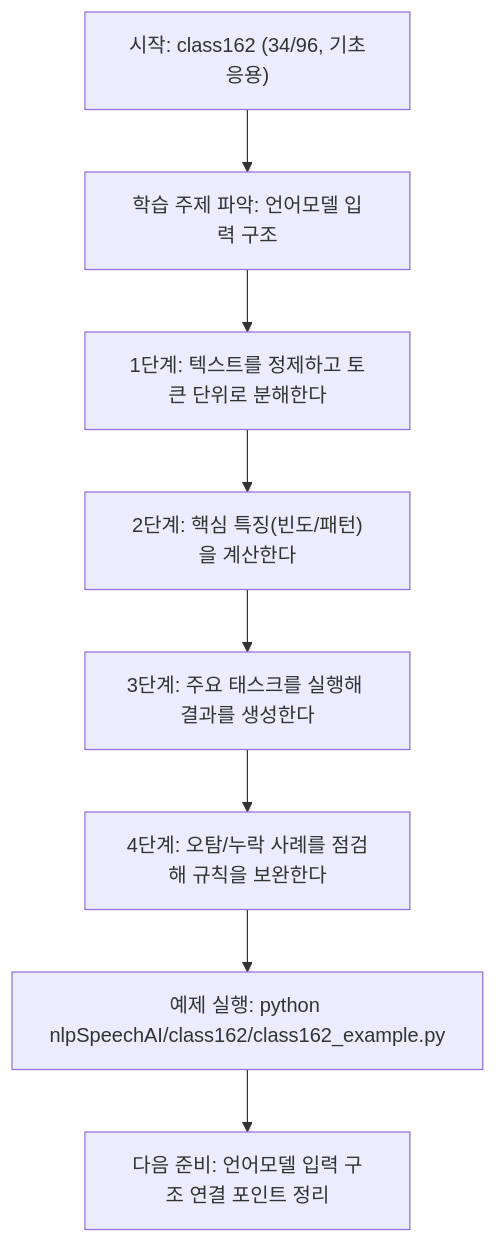
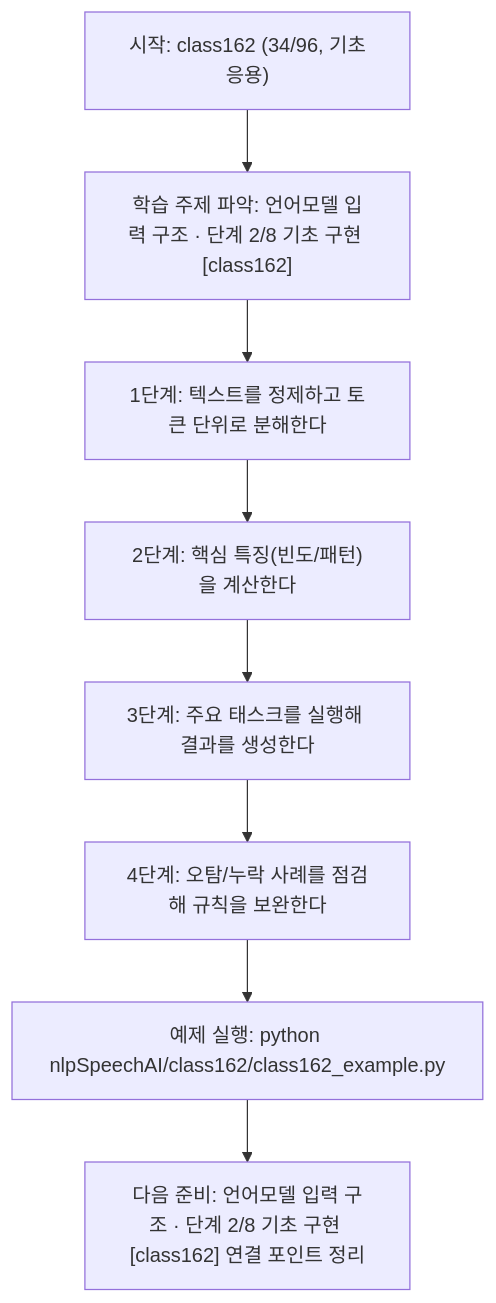
One commit to edumgt/Python-AI_Agent-Class changed the diagram in nlpSpeechAI/class162/class162.md. Above: the diagram before and after it, drawn with Mermaid. The commit also changed other lines of this file and 522 other files, not shown here.

````diff
--- a/nlpSpeechAI/class162/class162.md
+++ b/nlpSpeechAI/class162/class162.md
@@ -113,18 +114,18 @@
 ```mermaid
 flowchart TD
 N1["시작: class162 (34/96, 기초응용)"]
-N2["학습 주제 파악: 언어모델 입력 구조"]
+N2["학습 주제 파악: 언어모델 입력 구조 · 단계 2/8 기초 구현 [class162]"]
 N3["1단계: 텍스트를 정제하고 토큰 단위로 분해한다"]
 N4["2단계: 핵심 특징(빈도/패턴)을 계산한다"]
 N5["3단계: 주요 태스크를 실행해 결과를 생성한다"]
 N6["4단계: 오탐/누락 사례를 점검해 규칙을 보완한다"]
 N7["예제 실행: python nlpSpeechAI/class162/class162_example.py"]
-N8["다음 준비: 언어모델 입력 구조 연결 포인트 정리"]
+N8["다음 준비: 언어모델 입력 구조 · 단계 2/8 기초 구현 [class162] 연결 포인트 정리"]
 N1 --> N2
 N2 --> N3
 N3 --> N4
 N4 --> N5
 N5 --> N6
 N6 --> N7
 N7 --> N8
 ```
````
